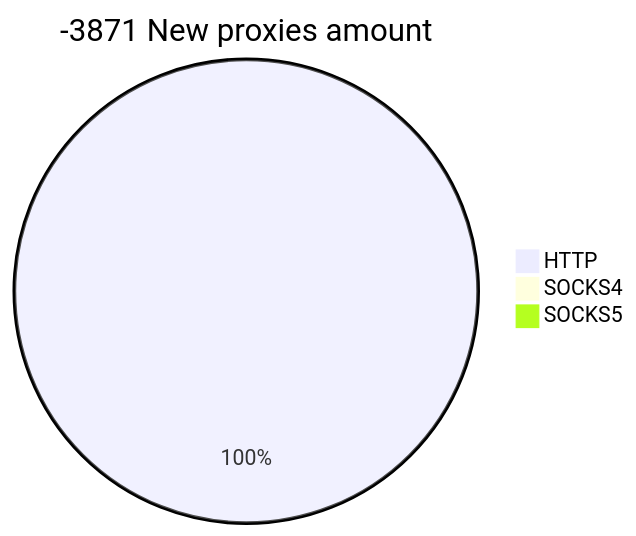
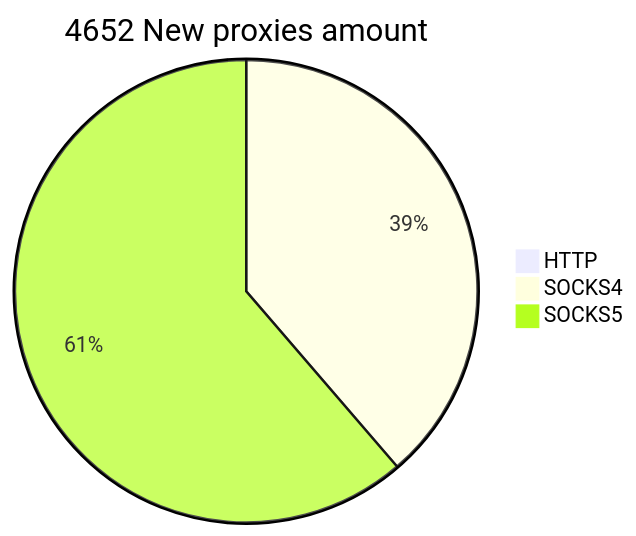
Before and after one commit to cutipu/proxylist: the second of 2 diagrams in README.md, drawn with Mermaid. The commit also changed other lines of this file, not shown here.

````diff
--- a/README.md
+++ b/README.md
@@ -10,6 +10,6 @@
 ```mermaid
-pie title -3871 New proxies amount
-    "HTTP" : 23
-    "SOCKS4" : 0
-    "SOCKS5" : 0
+pie title 4652 New proxies amount
+    "HTTP" : 0
+    "SOCKS4" : 1800
+    "SOCKS5" : 2852
 ```
````
